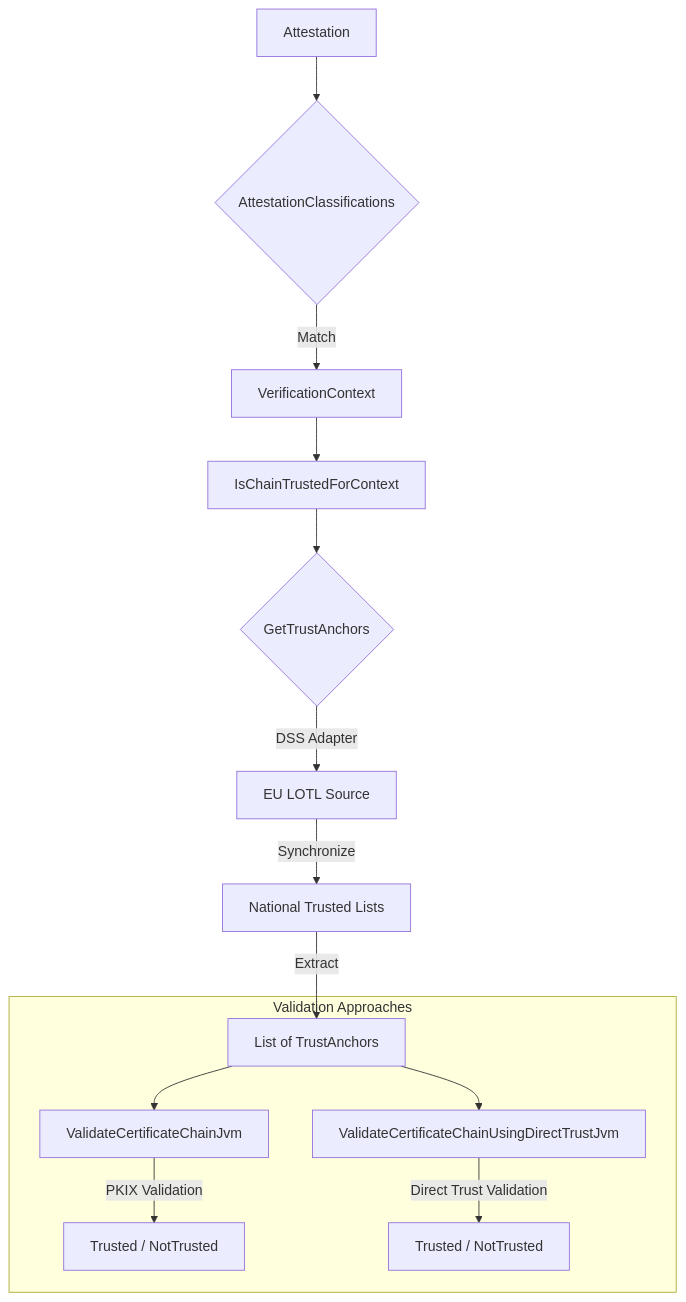
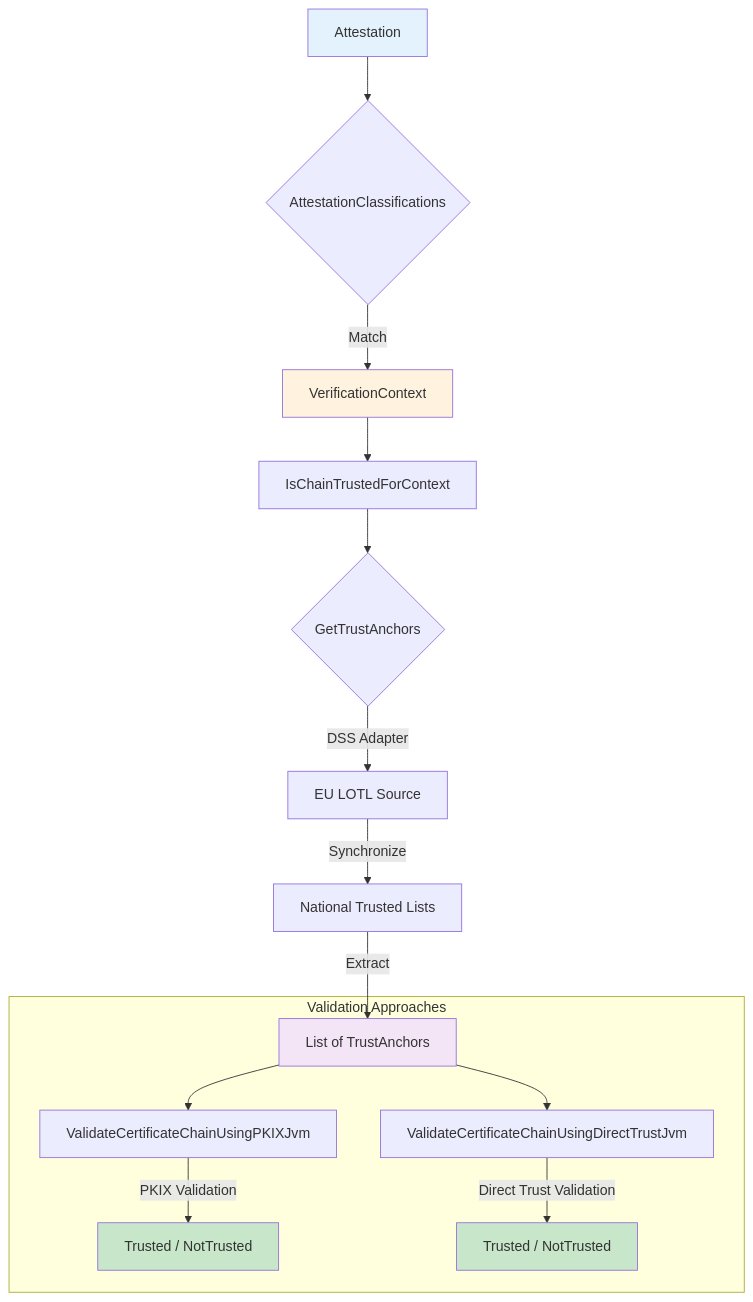
The second of 4 diagrams in consultation-dss/README.md (niscy-eudiw/eudi-lib-kmp-etsi-1196x2), drawn with Mermaid before and after one commit. The commit also changed other lines of this file, not shown here.

````diff
--- a/consultation-dss/README.md
+++ b/consultation-dss/README.md
@@ -107,17 +194,23 @@
 ```mermaid
-graph TD
-A[Attestation] --> B{AttestationClassifications}
-B -->|Match| C[VerificationContext]
-C --> D[IsChainTrustedForContext]
-D --> E{GetTrustAnchors}
-E -->|DSS Adapter| F[EU LOTL Source]
-F -->|Synchronize| G[National Trusted Lists]
-G -->|Extract| H[List of TrustAnchors]
+flowchart TD
+    A[Attestation] --> B{AttestationClassifications}
+    B -->|Match| C[VerificationContext]
+    C --> D[IsChainTrustedForContext]
+    D --> E{GetTrustAnchors}
+    E -->|DSS Adapter| F[EU LOTL Source]
+    F -->|Synchronize| G[National Trusted Lists]
+    G -->|Extract| H[List of TrustAnchors]
 
-subgraph Validation Approaches
-    H --> I1[ValidateCertificateChainJvm]
-    I1 -->|PKIX Validation| J1[Trusted / NotTrusted]
-    H --> I2[ValidateCertificateChainUsingDirectTrustJvm]
-    I2 -->|Direct Trust Validation| J2[Trusted / NotTrusted]
-end
+    subgraph Validation Approaches
+        H --> I1[ValidateCertificateChainUsingPKIXJvm]
+        I1 -->|PKIX Validation| J1[Trusted / NotTrusted]
+        H --> I2[ValidateCertificateChainUsingDirectTrustJvm]
+        I2 -->|Direct Trust Validation| J2[Trusted / NotTrusted]
+    end
+
+    style A fill:#e3f2fd
+    style C fill:#fff3e0
+    style H fill:#f3e5f5
+    style J1 fill:#c8e6c9
+    style J2 fill:#c8e6c9
 ```
````
